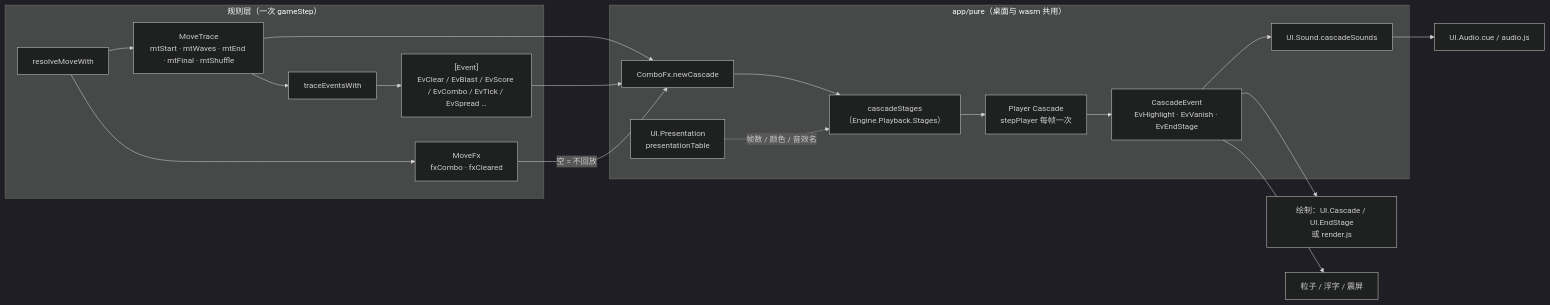
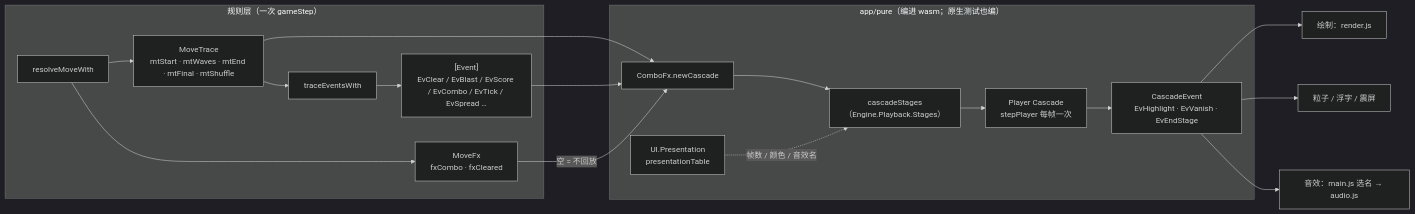
Before and after one commit to exsabersac/match3: the diagram in docs/guide/06-效果动画音效与撤销.md, drawn with Mermaid (dark theme). The commit also changed other lines of this file and 27 other files, not shown here.

````diff
--- a/docs/guide/06-效果动画音效与撤销.md
+++ b/docs/guide/06-效果动画音效与撤销.md
@@ -9,21 +9,20 @@
 ```mermaid
 flowchart LR
   subgraph rule["规则层（一次 gameStep）"]
     R["resolveMoveWith"] --> MT["MoveTrace<br/>mtStart · mtWaves · mtEnd · mtFinal · mtShuffle"]
     MT --> TE["traceEventsWith"] --> EV["[Event]<br/>EvClear / EvBlast / EvScore / EvCombo / EvTick / EvSpread …"]
     R --> FXR["MoveFx<br/>fxCombo · fxCleared"]
   end
-  subgraph pure["app/pure（桌面与 wasm 共用）"]
+  subgraph pure["app/pure（编进 wasm；原生测试也编）"]
     NC["ComboFx.newCascade"] --> ST["cascadeStages<br/>（Engine.Playback.Stages）"]
     ST --> PL["Player Cascade<br/>stepPlayer 每帧一次"]
     PL --> CE["CascadeEvent<br/>EvHighlight · EvVanish · EvEndStage"]
     PT["UI.Presentation<br/>presentationTable"] -.帧数 / 颜色 / 音效名.-> ST
-    CE --> SN["UI.Sound.cascadeSounds"]
   end
   MT --> NC
   EV --> NC
   FXR -->|"空 = 不回放"| NC
-  CE --> DR["绘制：UI.Cascade / UI.EndStage<br/>或 render.js"]
+  CE --> DR["绘制：render.js"]
   CE --> PA["粒子 / 浮字 / 震屏"]
-  SN --> AU["UI.Audio.cue / audio.js"]
+  CE --> AU["音效：main.js 选名 → audio.js"]
 ```
````
